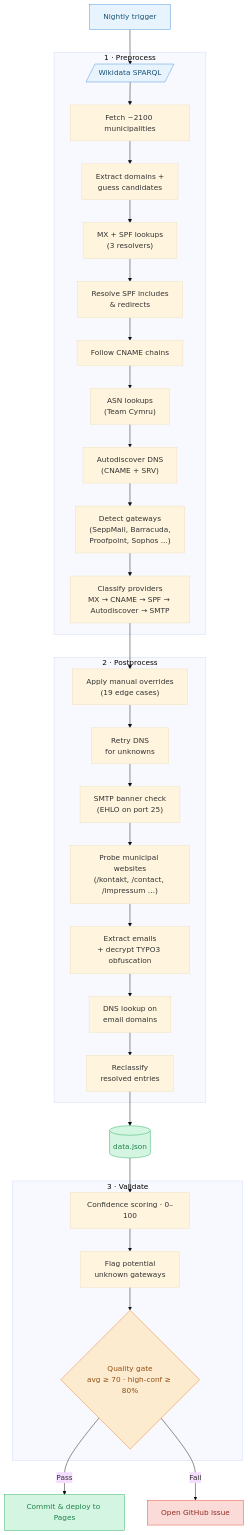
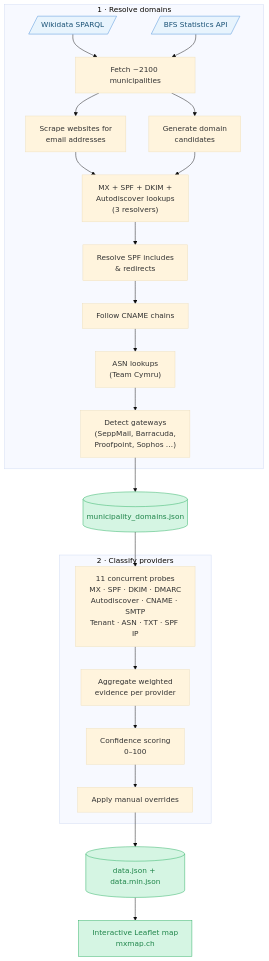
One commit to davidhuser/mxmap changed the diagram in README.md. Above: the diagram before and after it, drawn with Mermaid (base theme). The commit also changed other lines of this file, not shown here.

````diff
--- a/README.md
+++ b/README.md
@@ -20,45 +19,34 @@
 ```mermaid
 flowchart TD
-    trigger["Nightly trigger"] --> wikidata
-
-    subgraph pre ["1 · Preprocess"]
+    subgraph resolve ["1 · Resolve domains"]
         wikidata[/"Wikidata SPARQL"/] --> fetch["Fetch ~2100 municipalities"]
-        fetch --> domains["Extract domains +<br/>guess candidates"]
-        domains --> dns["MX + SPF lookups<br/>(3 resolvers)"]
+        bfs[/"BFS Statistics API"/] --> fetch
+        fetch --> scrape["Scrape websites for<br/>email addresses"]
+        fetch --> guess["Generate domain<br/>candidates"]
+        scrape --> dns["MX + SPF + DKIM +<br/>Autodiscover lookups<br/>(3 resolvers)"]
+        guess --> dns
         dns --> spf_resolve["Resolve SPF includes<br/>& redirects"]
         spf_resolve --> cname["Follow CNAME chains"]
         cname --> asn["ASN lookups<br/>(Team Cymru)"]
-        asn --> autodiscover["Autodiscover DNS<br/>(CNAME + SRV)"]
-        autodiscover --> gateway["Detect gateways<br/>(SeppMail, Barracuda,<br/>Proofpoint, Sophos ...)"]
-        gateway --> classify["Classify providers<br/>MX → CNAME → SPF → Autodiscover → SMTP"]
+        asn --> gateway["Detect gateways<br/>(SeppMail, Barracuda,<br/>Proofpoint, Sophos …)"]
     end
 
-    classify --> overrides
+    gateway --> domains[("municipality_domains.json")]
+    domains --> probes
 
-    subgraph post ["2 · Postprocess"]
-        overrides["Apply manual overrides<br/>(19 edge cases)"] --> retry["Retry DNS<br/>for unknowns"]
-        retry --> smtp["SMTP banner check<br/>(EHLO on port 25)"]
-        smtp --> scrape_urls["Probe municipal websites<br/>(/kontakt, /contact, /impressum …)"]
-        scrape_urls --> extract["Extract emails<br/>+ decrypt TYPO3 obfuscation"]
-        extract --> scrape_dns["DNS lookup on<br/>email domains"]
-        scrape_dns --> reclassify["Reclassify<br/>resolved entries"]
+    subgraph classify ["2 · Classify providers"]
+        probes["11 concurrent probes<br/>MX · SPF · DKIM · DMARC<br/>Autodiscover · CNAME · SMTP<br/>Tenant · ASN · TXT · SPF IP"]
+        probes --> aggregate["Aggregate weighted<br/>evidence per provider"]
+        aggregate --> score["Confidence scoring<br/>0–100"]
+        score --> overrides["Apply manual overrides"]
     end
 
-    reclassify --> data[("data.json")]
-    data --> score
+    overrides --> data[("data.json + data.min.json")]
+    data --> frontend["Interactive Leaflet map<br/>mxmap.ch"]
 
-    subgraph val ["3 · Validate"]
-        score["Confidence scoring · 0–100"] --> gwarn["Flag potential<br/>unknown gateways"]
-        gwarn --> gate{"Quality gate<br/>avg ≥ 70 · high-conf ≥ 80%"}
-    end
-
-    gate -- "Pass" --> deploy["Commit & deploy to Pages"]
-    gate -- "Fail" --> issue["Open GitHub issue"]
-
-    style trigger fill:#e8f4fd,stroke:#4a90d9,color:#1a5276
     style wikidata fill:#e8f4fd,stroke:#4a90d9,color:#1a5276
+    style bfs fill:#e8f4fd,stroke:#4a90d9,color:#1a5276
+    style domains fill:#d5f5e3,stroke:#27ae60,color:#1e8449
     style data fill:#d5f5e3,stroke:#27ae60,color:#1e8449
-    style deploy fill:#d5f5e3,stroke:#27ae60,color:#1e8449
-    style issue fill:#fadbd8,stroke:#e74c3c,color:#922b21
-    style gate fill:#fdebd0,stroke:#e67e22,color:#935116
+    style frontend fill:#d5f5e3,stroke:#27ae60,color:#1e8449
 ```
````
